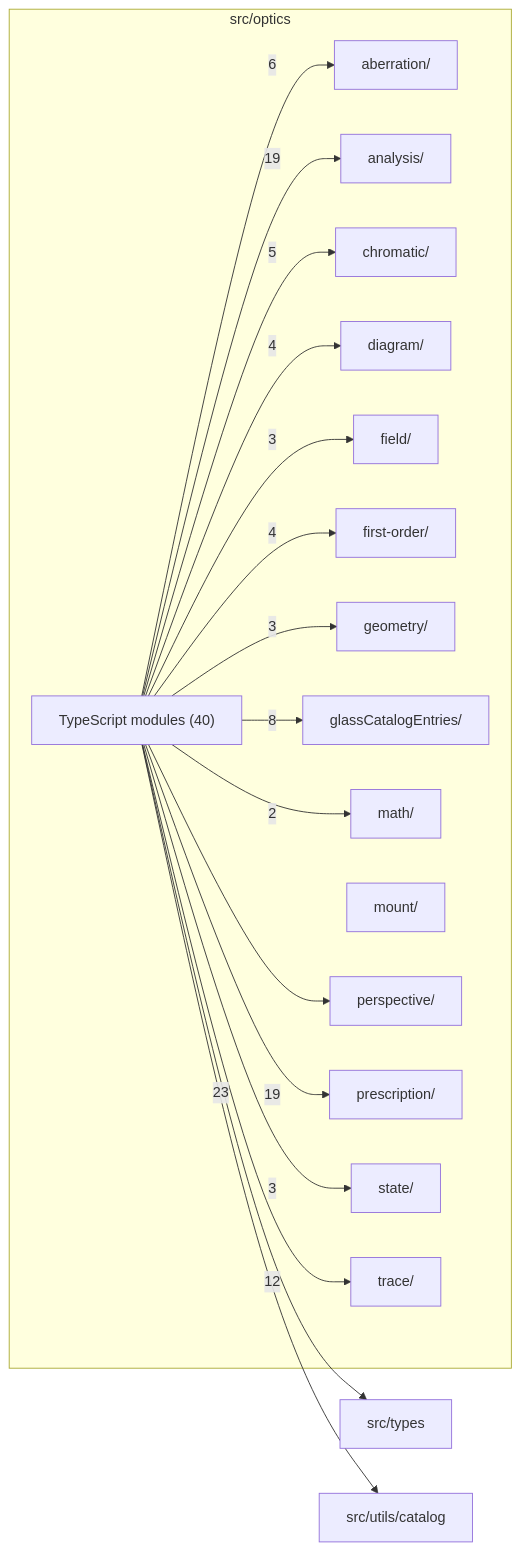
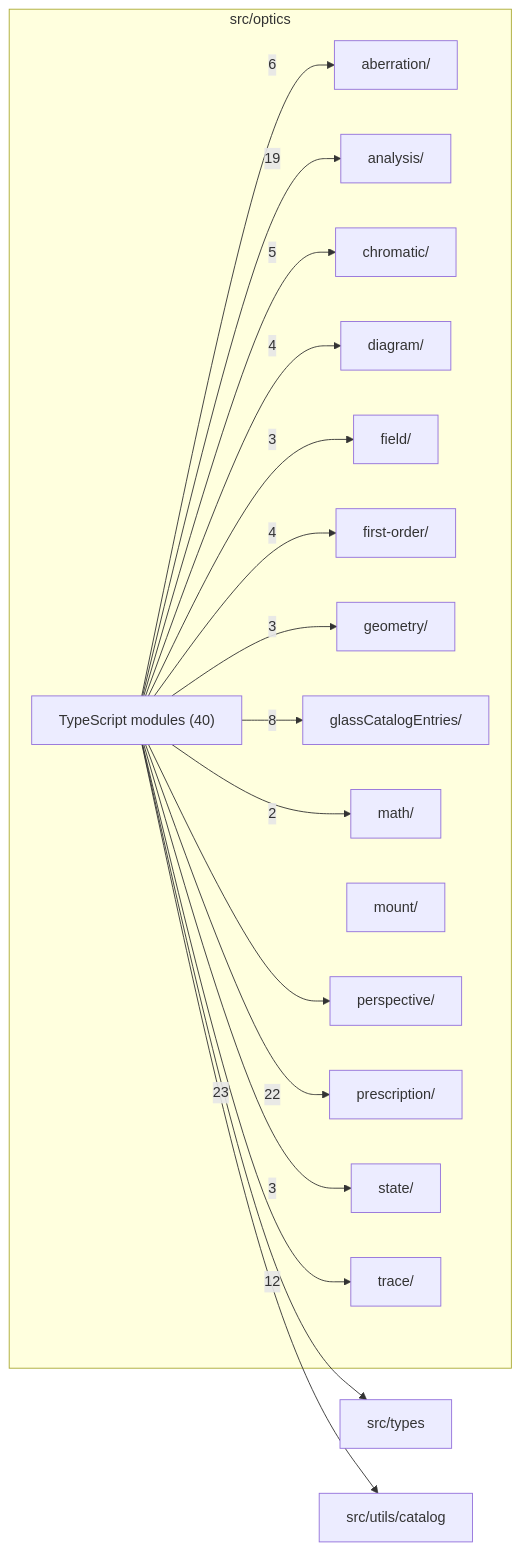
The diagram in src/optics/readme.md (ronbuening/LensVisualizer), drawn with Mermaid before and after one commit. The commit also changed other lines of this file and 25 other files, not shown here.

````diff
--- a/src/optics/readme.md
+++ b/src/optics/readme.md
@@ -9,37 +9,37 @@
 ```mermaid
 flowchart LR
   subgraph n_src_optics["src/optics"]
     n_src_optics_src_optics_aberration["aberration/"]
     n_src_optics_src_optics_analysis["analysis/"]
     n_src_optics_src_optics_chromatic["chromatic/"]
     n_src_optics_src_optics_diagram["diagram/"]
     n_src_optics_src_optics_field["field/"]
     n_src_optics_src_optics_first_order["first-order/"]
     n_src_optics_src_optics_geometry["geometry/"]
     n_src_optics_src_optics_glassCatalogEntries["glassCatalogEntries/"]
     n_src_optics_src_optics_math["math/"]
     n_src_optics_src_optics_mount["mount/"]
     n_src_optics_src_optics_perspective["perspective/"]
     n_src_optics_src_optics_prescription["prescription/"]
     n_src_optics_src_optics_state["state/"]
     n_src_optics_src_optics_trace["trace/"]
     n_src_optics_TypeScript_modules["TypeScript modules (40)"]
   end
   n_external_src_types["src/types"]
   n_external_src_utils_catalog["src/utils/catalog"]
   n_src_optics_TypeScript_modules --> |23| n_external_src_types
+  n_src_optics_TypeScript_modules --> |22| n_src_optics_src_optics_prescription
   n_src_optics_TypeScript_modules --> |19| n_src_optics_src_optics_analysis
-  n_src_optics_TypeScript_modules --> |19| n_src_optics_src_optics_prescription
   n_src_optics_TypeScript_modules --> |12| n_src_optics_src_optics_trace
   n_src_optics_TypeScript_modules --> |8| n_src_optics_src_optics_glassCatalogEntries
   n_src_optics_TypeScript_modules --> |6| n_src_optics_src_optics_aberration
   n_src_optics_TypeScript_modules --> |5| n_src_optics_src_optics_chromatic
   n_src_optics_TypeScript_modules --> |4| n_src_optics_src_optics_diagram
   n_src_optics_TypeScript_modules --> |4| n_src_optics_src_optics_first_order
   n_src_optics_TypeScript_modules --> |3| n_src_optics_src_optics_field
   n_src_optics_TypeScript_modules --> |3| n_src_optics_src_optics_geometry
   n_src_optics_TypeScript_modules --> |3| n_src_optics_src_optics_state
   n_src_optics_TypeScript_modules --> |2| n_src_optics_src_optics_math
   n_src_optics_TypeScript_modules --> n_external_src_utils_catalog
   n_src_optics_TypeScript_modules --> n_src_optics_src_optics_perspective
 ```
````
